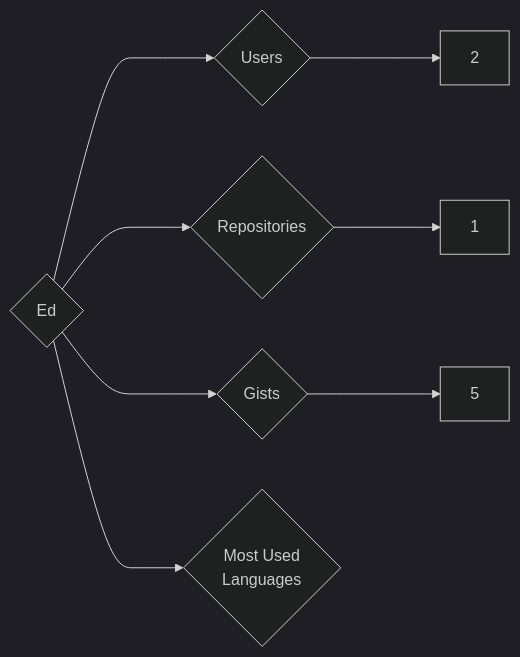
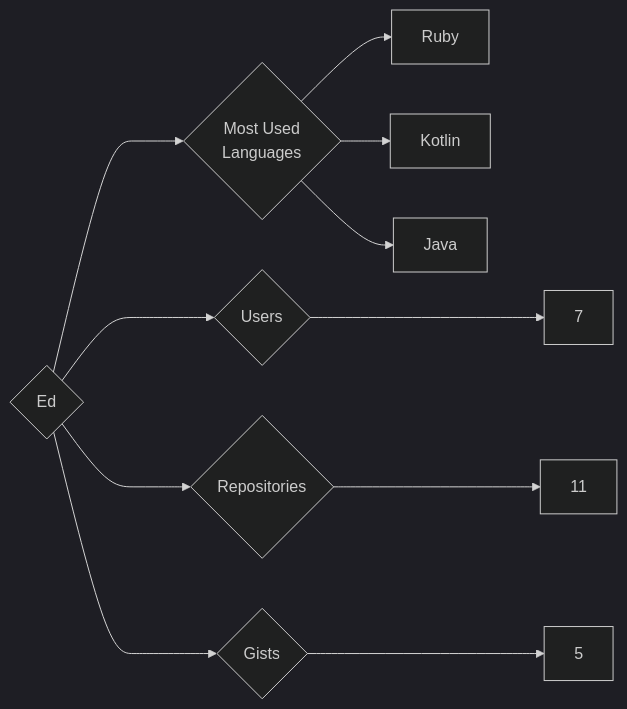
Before and after one commit to trickest/insiders: the diagram in targets/Ed/README.md, drawn with Mermaid (dark theme). The commit also changed 1003 other files, not shown here.

````diff
--- a/targets/Ed/README.md
+++ b/targets/Ed/README.md
@@ -3,8 +3,11 @@
 ```mermaid
 graph LR
 COMPANY_NAME{Ed}
-COMPANY_NAME ---> U{Users} ---> UN[2]
-COMPANY_NAME ---> R{Repositories} ---> RN[1]
+COMPANY_NAME ---> U{Users} ---> UN[7]
+COMPANY_NAME ---> R{Repositories} ---> RN[11]
 COMPANY_NAME ---> G{Gists} ---> GN[5]
 COMPANY_NAME ---> ML{Most Used<br>Languages}
+ML --> Ruby[Ruby]
+ML --> Kotlin[Kotlin]
+ML --> Java[Java]
 ```
````
